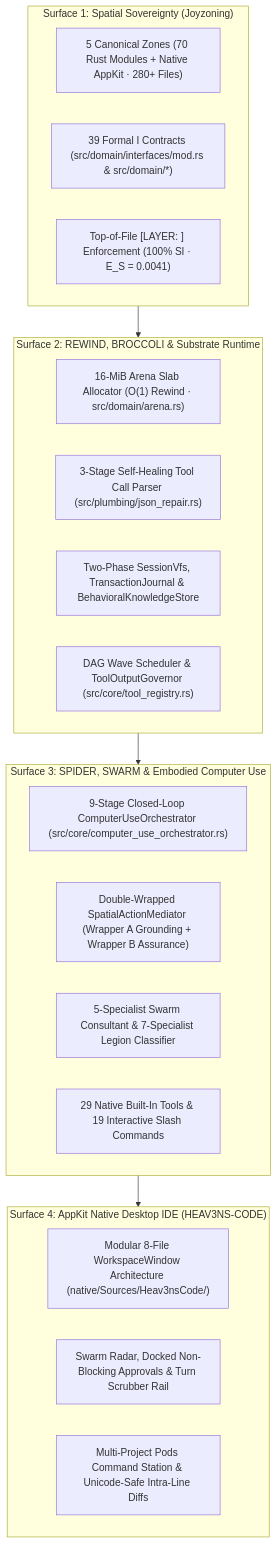
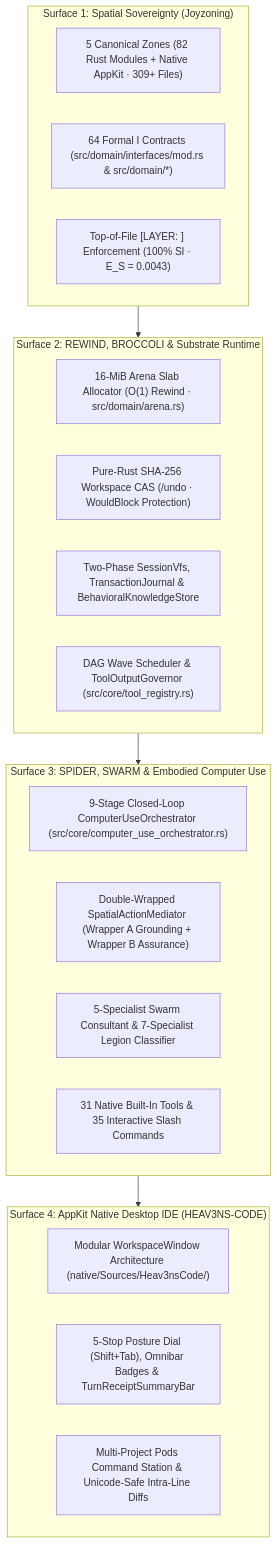
The diagram in docs/AGENT_STACK.md (CardSorting/HEAV3NS-MICRO), drawn with Mermaid before and after one commit. The commit also changed other lines of this file and 48 other files, not shown here.

````diff
--- a/docs/AGENT_STACK.md
+++ b/docs/AGENT_STACK.md
@@ -28,30 +28,30 @@
 ```mermaid
 flowchart TD
   subgraph Surface1 ["Surface 1: Spatial Sovereignty (Joyzoning)"]
-    ZONES["5 Canonical Zones (70 Rust Modules + Native AppKit · 280+ Files)"]
-    CONTRACTS["39 Formal I<Name> Contracts (src/domain/interfaces/mod.rs & src/domain/*)"]
-    HEADER["Top-of-File [LAYER: <ZONE>] Enforcement (100% SI · E_S = 0.0041)"]
+    ZONES["5 Canonical Zones (82 Rust Modules + Native AppKit · 309+ Files)"]
+    CONTRACTS["64 Formal I<Name> Contracts (src/domain/interfaces/mod.rs & src/domain/*)"]
+    HEADER["Top-of-File [LAYER: <ZONE>] Enforcement (100% SI · E_S = 0.0043)"]
   end
 
   subgraph Surface2 ["Surface 2: REWIND, BROCCOLI & Substrate Runtime"]
     ARENA["16-MiB Arena Slab Allocator (O(1) Rewind · src/domain/arena.rs)"]
-    PARSER["3-Stage Self-Healing Tool Call Parser (src/plumbing/json_repair.rs)"]
+    CAS["Pure-Rust SHA-256 Workspace CAS (/undo · WouldBlock Protection)"]
     VFS["Two-Phase SessionVfs, TransactionJournal & BehavioralKnowledgeStore"]
     WAVE["DAG Wave Scheduler & ToolOutputGovernor (src/core/tool_registry.rs)"]
   end
 
   subgraph Surface3 ["Surface 3: SPIDER, SWARM & Embodied Computer Use"]
     ORCH["9-Stage Closed-Loop ComputerUseOrchestrator (src/core/computer_use_orchestrator.rs)"]
     SPATIAL["Double-Wrapped SpatialActionMediator (Wrapper A Grounding + Wrapper B Assurance)"]
     SWARM_C["5-Specialist Swarm Consultant & 7-Specialist Legion Classifier"]
-    TOOLS["29 Native Built-In Tools & 19 Interactive Slash Commands"]
+    TOOLS["31 Native Built-In Tools & 35 Interactive Slash Commands"]
   end
 
   subgraph Surface4 ["Surface 4: AppKit Native Desktop IDE (HEAV3NS-CODE)"]
-    WINDOW["Modular 8-File WorkspaceWindow Architecture (native/Sources/Heav3nsCode/)"]
-    RADAR["Swarm Radar, Docked Non-Blocking Approvals & Turn Scrubber Rail"]
+    WINDOW["Modular WorkspaceWindow Architecture (native/Sources/Heav3nsCode/)"]
+    POSTURE["5-Stop Posture Dial (Shift+Tab), Omnibar Badges & TurnReceiptSummaryBar"]
     PODS["Multi-Project Pods Command Station & Unicode-Safe Intra-Line Diffs"]
   end
 
   Surface1 --> Surface2 --> Surface3 --> Surface4
 ```
````
